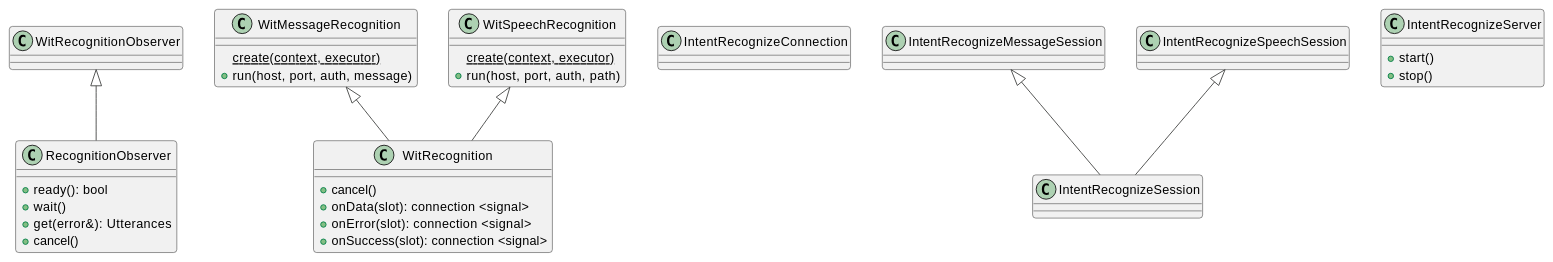
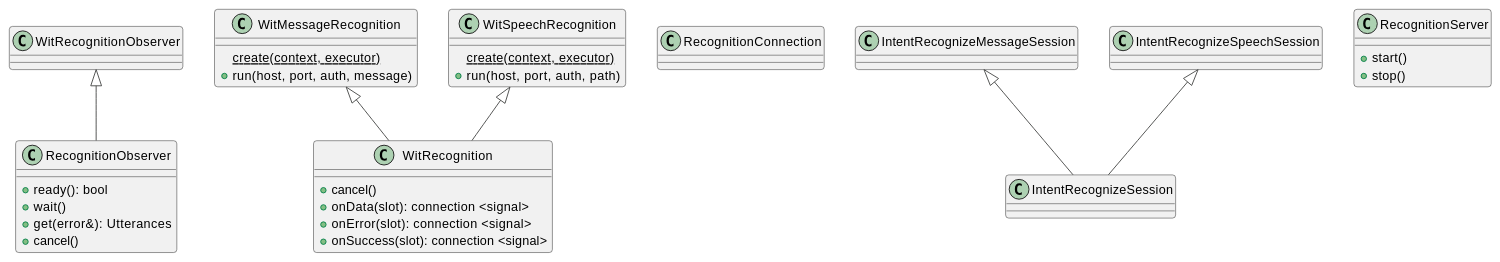
The diagram in src/intent/doc/intent.md (denoming/rintento), drawn with PlantUML before and after one commit. The commit also changed 21 other files, not shown here.

````diff
--- a/src/intent/doc/intent.md
+++ b/src/intent/doc/intent.md
@@ -4,46 +4,46 @@
 ```plantuml
 @startuml
 !theme vibrant
 
 class RecognitionObserver {
     +ready(): bool
     +wait()
     +get(error&): Utterances
     +cancel()
 }
 
 WitRecognitionObserver <|-- RecognitionObserver
 
 class WitMessageRecognition {
     {static} create(context, executor)
     +run(host, port, auth, message)
 }
 
 class WitSpeechRecognition {
     {static} create(context, executor)
     +run(host, port, auth, path)
 }
 
 class WitRecognition {
     +cancel()
     +onData(slot): connection <signal>
     +onError(slot): connection <signal>
     +onSuccess(slot): connection <signal>
 }
 
 WitMessageRecognition <|-- WitRecognition
 WitSpeechRecognition <|-- WitRecognition
 
-class IntentRecognizeConnection
+class RecognitionConnection
 class IntentRecognizeSession
 
 IntentRecognizeMessageSession <|-- IntentRecognizeSession
 IntentRecognizeSpeechSession <|-- IntentRecognizeSession
 
-class IntentRecognizeServer {
+class RecognitionServer {
     +start()
     +stop()
 }
 
 @enduml
 ```
````
